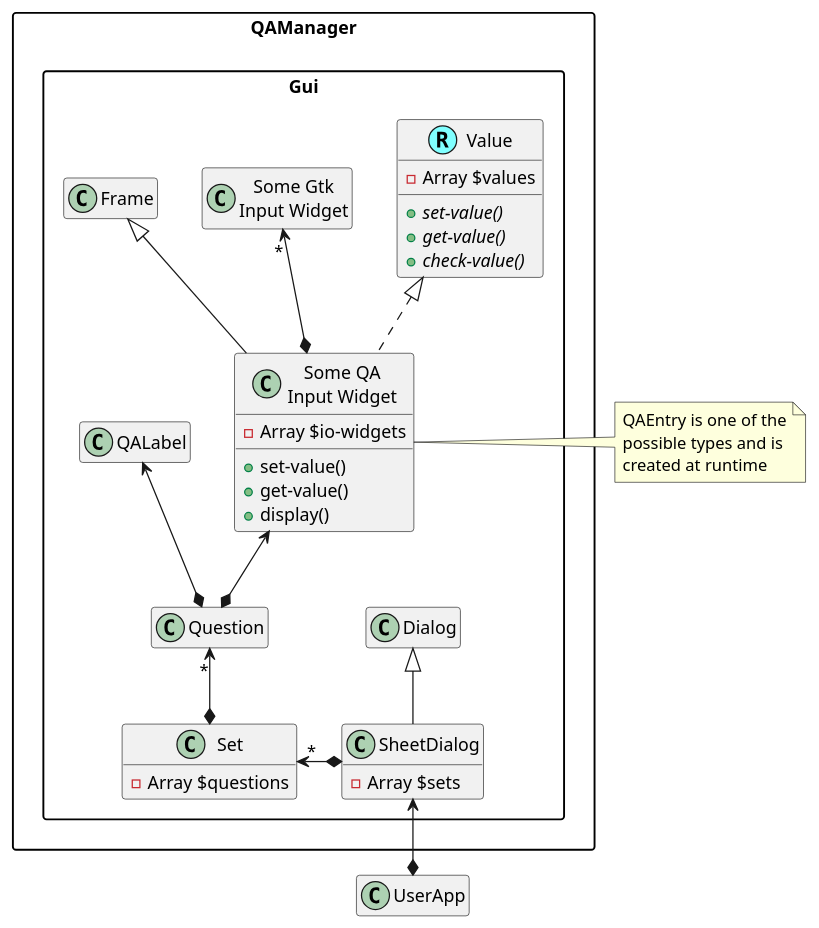
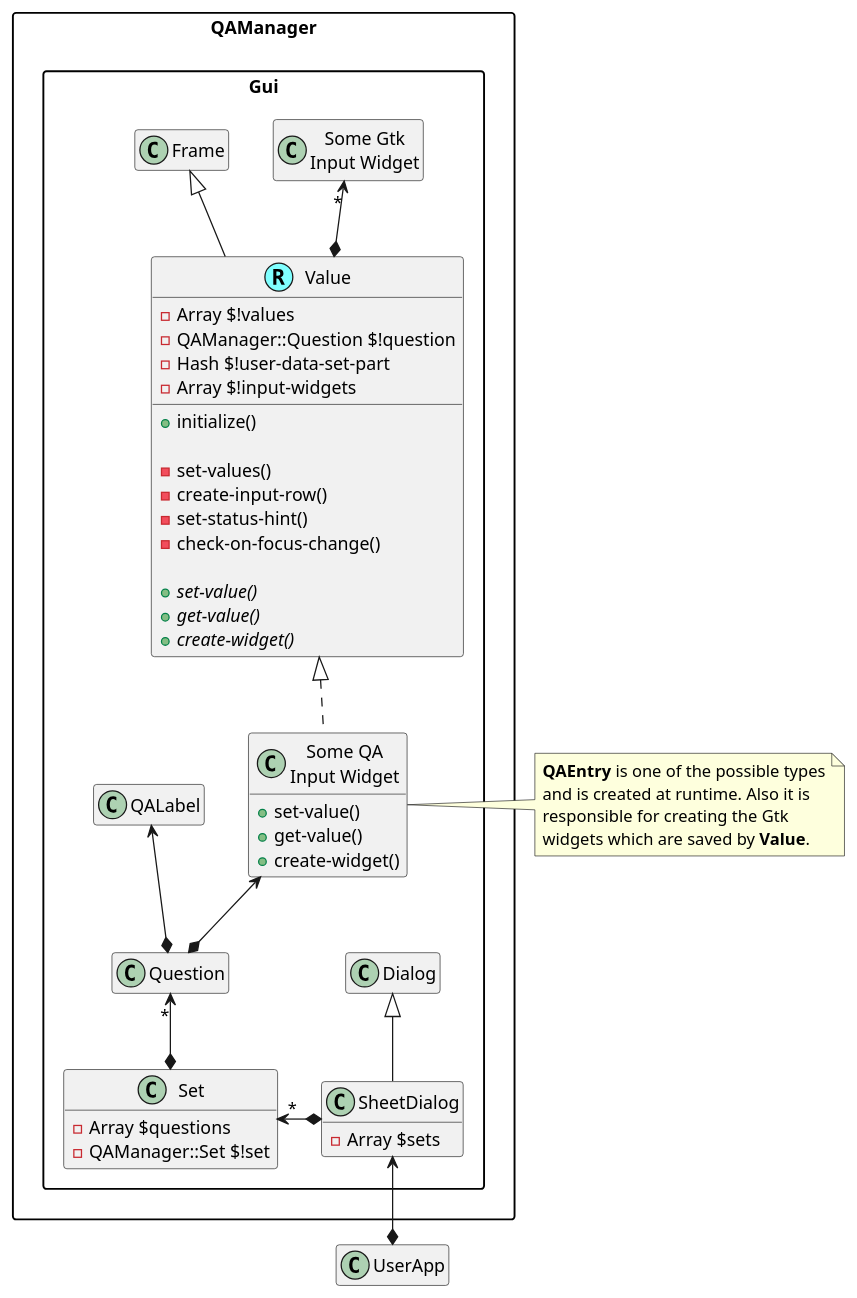
One commit to MARTIMM/qa-manager changed the diagram in doc/plantuml/SheetDialog.md. Above: the diagram before and after it, drawn with PlantUML. The commit also changed 1 other file, not shown here.

Commit message:
uml diagram

````diff
--- a/doc/plantuml/SheetDialog.md
+++ b/doc/plantuml/SheetDialog.md
@@ -1,55 +1,69 @@
 ```plantuml
 @startuml
 'scale 0.9
 skinparam packageStyle rectangle
 skinparam stereotypeCBackgroundColor #80ffff
 set namespaceSeparator ::
 hide empty members
 
 'class QAManager::Gui::Frame <<(R,#80ffff)>>
 'class QAManager::Gui::Repeat <<(R,#80ffff)>>
 
 class QAManager::Gui::Value <<(R,#80ffff)>> {
+  +initialize()
+
+  -set-values()
+  -create-input-row()
+  -set-status-hint()
+  -check-on-focus-change()
+
   +{abstract} set-value()
   +{abstract} get-value()
-  +{abstract} check-value()
-  -Array $values
+'  +{abstract} check-value()
+  +{abstract} create-widget()
+
+  -Array $!values
+  -QAManager::Question $!question
+  -Hash $!user-data-set-part
+  -Array $!input-widgets
 }
 
 class "Some Gtk\nInput Widget" as QAManager::Gui::GtkIOWidget
 
 class "Some QA\nInput Widget" as QAManager::Gui::QAIOWidget {
-  -Array $io-widgets
   +set-value()
   +get-value()
-  +display()
+'  +check-value()
+  +create-widget()
 }
 
-note right of QAManager::Gui::QAIOWidget : QAEntry is one of the\npossible types and is\ncreated at runtime
+note right of QAManager::Gui::QAIOWidget : <b>QAEntry</b> is one of the possible types\nand is created at runtime. Also it is\nresponsible for creating the Gtk\nwidgets which are saved by <b>Value</b>.
 
 class QAManager::Gui::Set {
   -Array $questions
+  -QAManager::Set $!set
 }
 
 class QAManager::Gui::SheetDialog {
   -Array $sets
 }
 
 
+'QAManager::Gui::Set *--> QAManager::Set
+'QAManager::Gui::Repeat <|.. QAManager::Gui::QAIOWidget
+
 QAManager::Gui::Dialog <|-- QAManager::Gui::SheetDialog
 QAManager::Gui::Set "*" <-* QAManager::Gui::SheetDialog
-'QAManager::Gui::Set *--> QAManager::Set
 QAManager::Gui::SheetDialog <--* UserApp
 
 QAManager::Gui::Value <|.. QAManager::Gui::QAIOWidget
-QAManager::Gui::GtkIOWidget "*" <--* QAManager::Gui::QAIOWidget
-QAManager::Gui::Frame <|-- QAManager::Gui::QAIOWidget
-'QAManager::Gui::Repeat <|.. QAManager::Gui::QAIOWidget
+QAManager::Gui::Frame <|-- QAManager::Gui::Value
+QAManager::Gui::GtkIOWidget "*" <--* QAManager::Gui::Value
 
 QAManager::Gui::QAIOWidget <--* QAManager::Gui::Question
 QAManager::Gui::QALabel <--* QAManager::Gui::Question
 
 QAManager::Gui::Question "*" <--* QAManager::Gui::Set
 
 @enduml
 ```
````
